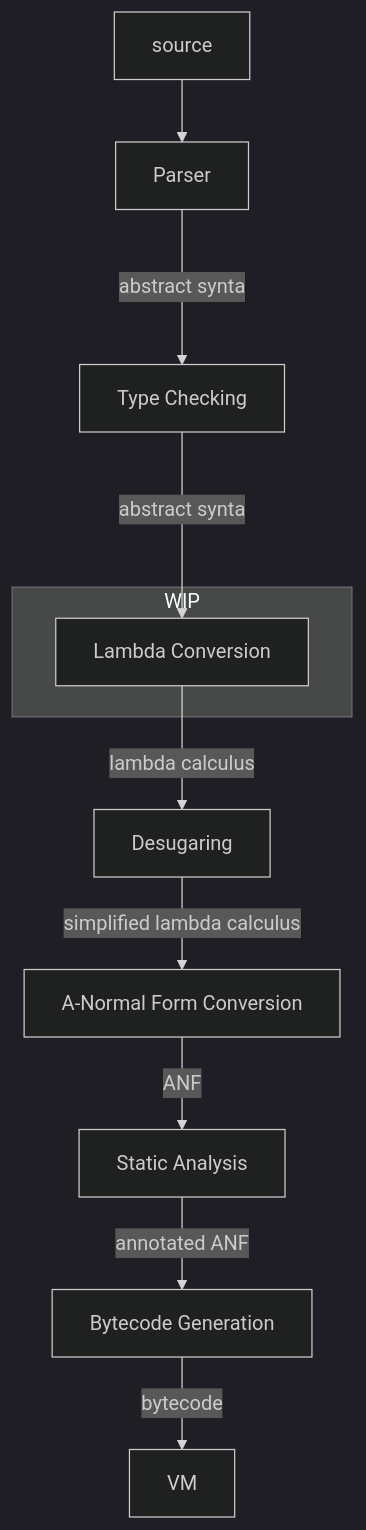
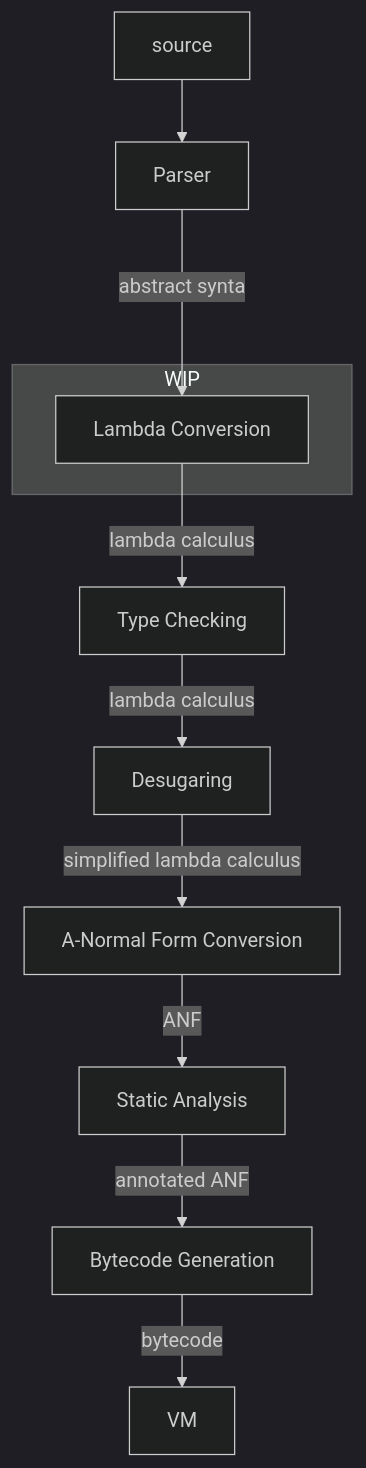
The first of 9 diagrams in docs/lambda-conversion.md (billhails/CEKF), drawn with Mermaid (dark theme) before and after one commit. The commit also changed other lines of this file and 21 other files, not shown here.

````diff
--- a/docs/lambda-conversion.md
+++ b/docs/lambda-conversion.md
@@ -9,14 +9,14 @@
 ```mermaid
 flowchart TD
 source -->
 AST[Parser] --abstract syntax-->
-check[Type Checking] --abstract syntax-->
 lambda[Lambda Conversion] --lambda calculus-->
+check[Type Checking] --lambda calculus-->
 desugaring1[Desugaring] -- simplified lambda calculus-->
 anf[A-Normal Form Conversion] --ANF-->
 static[Static Analysis] --annotated ANF-->
 Bytecode[Bytecode Generation] --bytecode--> VM
 subgraph WIP
    lambda
 end
 ```
````
